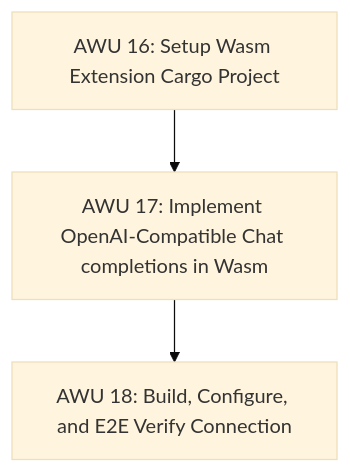
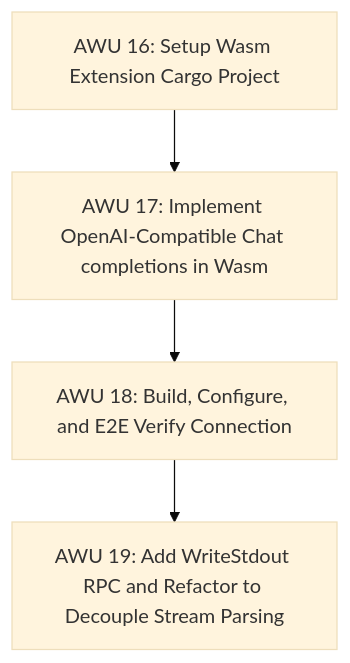
The third of 3 diagrams in PLANS.md (akahmys/rad), drawn with Mermaid (base theme) before and after one commit. The commit also changed other lines of this file and 2 other files, not shown here.

Commit message:
docs: update architecture and plans to decouple stream parsing and add WriteStdout

````diff
--- a/PLANS.md
+++ b/PLANS.md
@@ -103,5 +103,6 @@
 ```mermaid
 graph TD
     AWU16[AWU 16: Setup Wasm Extension Cargo Project] --> AWU17[AWU 17: Implement OpenAI-Compatible Chat completions in Wasm]
     AWU17 --> AWU18[AWU 18: Build, Configure, and E2E Verify Connection]
+    AWU18 --> AWU19[AWU 19: Add WriteStdout RPC and Refactor to Decouple Stream Parsing]
 ```
````
